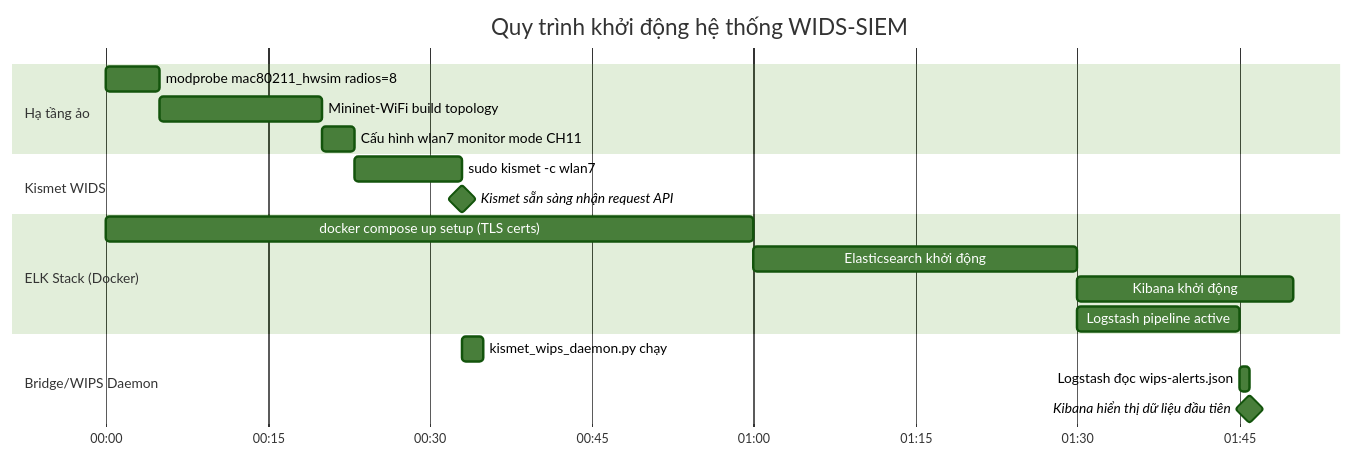
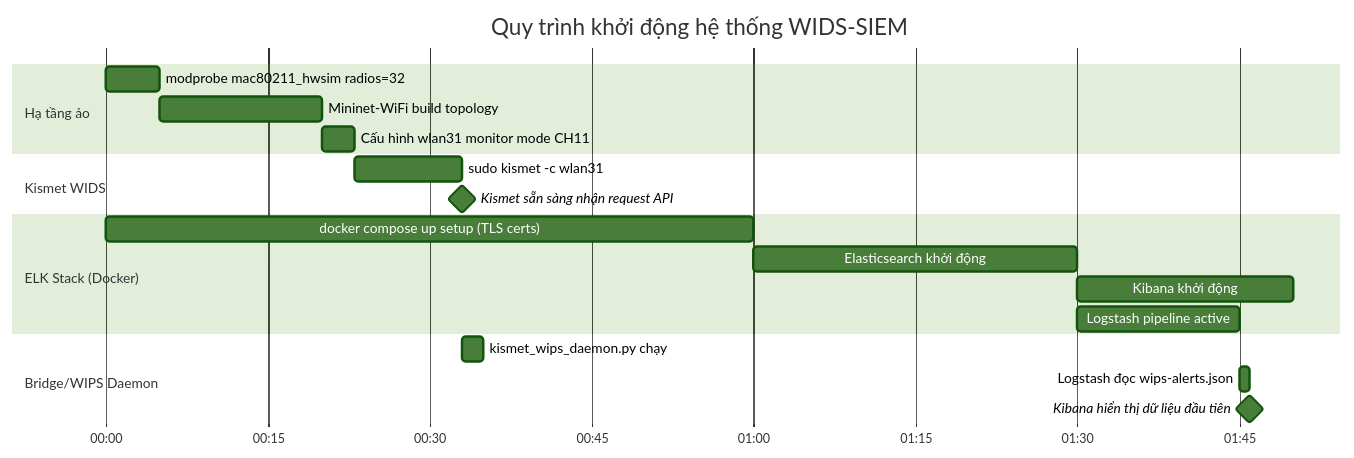
Before and after one commit to ph4n10m1808/wireless-mobile-network-security-project: the sixth of 7 diagrams in DATA_FLOW.md, drawn with Mermaid (forest theme). The commit also changed other lines of this file and 8 other files, not shown here.

````diff
--- a/DATA_FLOW.md
+++ b/DATA_FLOW.md
@@ -261,26 +261,26 @@
 ```mermaid
 gantt
     title Quy trình khởi động hệ thống WIDS-SIEM
     dateFormat  mm:ss
     axisFormat  %M:%S
 
     section Hạ tầng ảo
-    modprobe mac80211_hwsim radios=8      :a1, 00:00, 5s
+    modprobe mac80211_hwsim radios=32      :a1, 00:00, 5s
     Mininet-WiFi build topology            :a2, after a1, 15s
-    Cấu hình wlan7 monitor mode CH11      :a3, after a2, 3s
+    Cấu hình wlan31 monitor mode CH11      :a3, after a2, 3s
 
     section Kismet WIDS
-    sudo kismet -c wlan7                   :b1, after a3, 10s
+    sudo kismet -c wlan31                  :b1, after a3, 10s
     Kismet sẵn sàng nhận request API      :milestone, b2, after b1, 0s
 
     section ELK Stack (Docker)
     docker compose up setup (TLS certs)    :c1, 00:00, 60s
     Elasticsearch khởi động               :c2, after c1, 30s
     Kibana khởi động                       :c3, after c2, 20s
     Logstash pipeline active               :c4, after c2, 15s
 
     section Bridge/WIPS Daemon
     kismet_wips_daemon.py chạy            :d2, after b2, 2s
     Logstash đọc wips-alerts.json         :d3, after c4, 1s
     Kibana hiển thị dữ liệu đầu tiên      :milestone, d4, after d3, 0s
 ```
````
